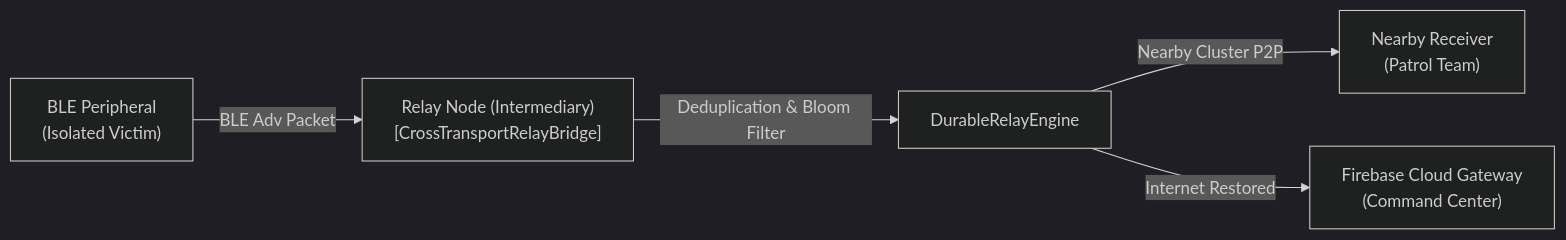
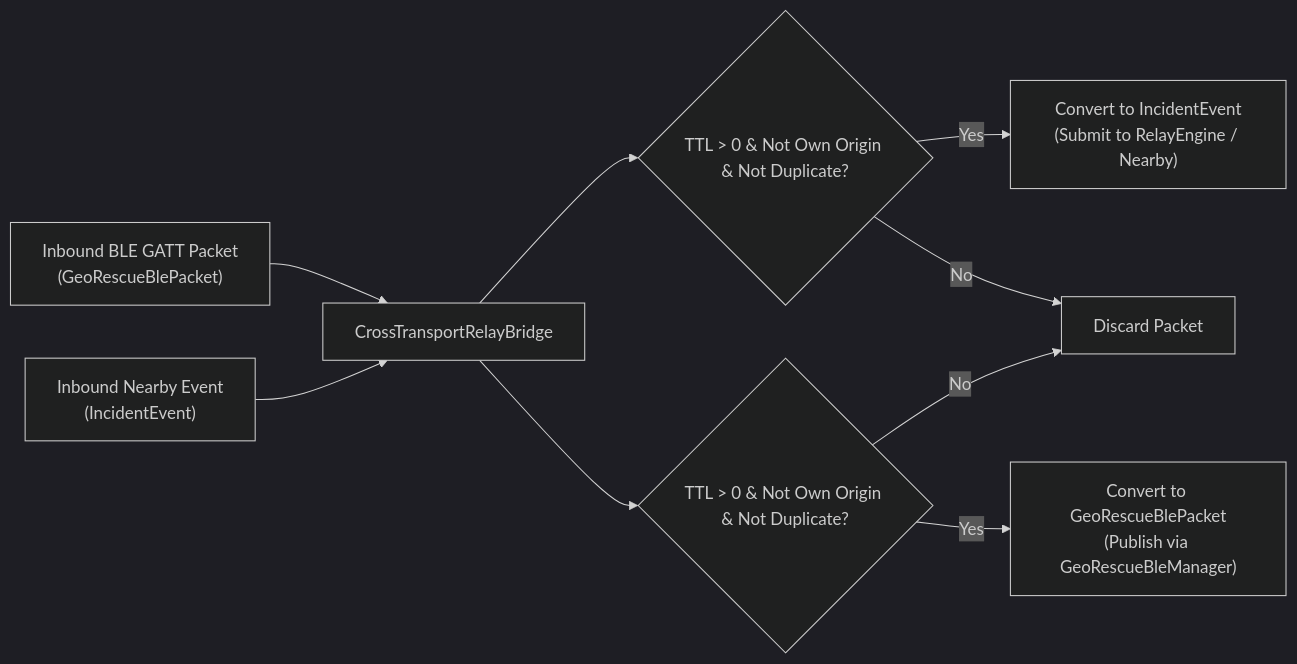
One commit to Sanidhyanegi07/GeoRescuX changed the third of 3 diagrams in docs/final-release/FINAL_PROJECT_REPORT.md. Above: the diagram before and after it, drawn with Mermaid (dark theme). The commit also changed other lines of this file and 4 other files, not shown here.

````diff
--- a/docs/final-release/FINAL_PROJECT_REPORT.md
+++ b/docs/final-release/FINAL_PROJECT_REPORT.md
@@ -239,7 +247,12 @@
 ```mermaid
 flowchart LR
-    A["BLE Peripheral\n(Isolated Victim)"] -->|BLE Adv Packet| B["Relay Node (Intermediary)\n[CrossTransportRelayBridge]"]
-    B -->|Deduplication & Bloom Filter| C["DurableRelayEngine"]
-    C -->|Nearby Cluster P2P| D["Nearby Receiver\n(Patrol Team)"]
-    C -->|Internet Restored| E["Firebase Cloud Gateway\n(Command Center)"]
+    InboundBLE["Inbound BLE GATT Packet\n(GeoRescueBlePacket)"] --> Bridge["CrossTransportRelayBridge"]
+    Bridge --> Check1{"TTL > 0 & Not Own Origin & Not Duplicate?"}
+    Check1 -- Yes --> IngestNearby["Convert to IncidentEvent\n(Submit to RelayEngine / Nearby)"]
+    Check1 -- No --> Drop["Discard Packet"]
+
+    InboundNearby["Inbound Nearby Event\n(IncidentEvent)"] --> Bridge
+    Bridge --> Check2{"TTL > 0 & Not Own Origin & Not Duplicate?"}
+    Check2 -- Yes --> PublishBLE["Convert to GeoRescueBlePacket\n(Publish via GeoRescueBleManager)"]
+    Check2 -- No --> Drop
 ```
````
